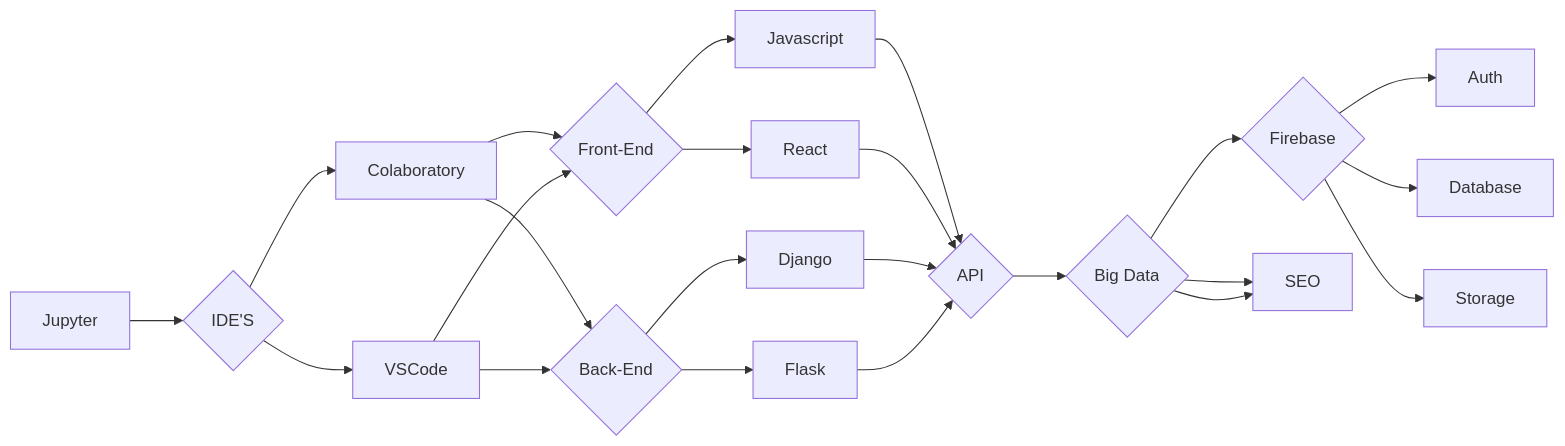
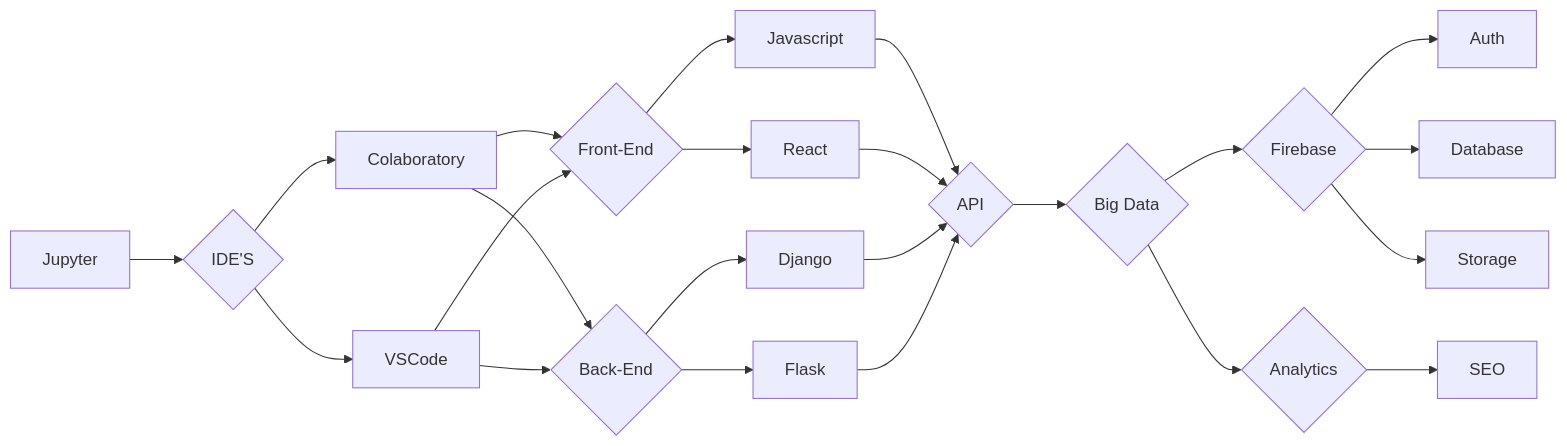
One commit to SauloCandeira/SauloCandeira changed the first of 2 diagrams in README.md. Above: the diagram before and after it, drawn with Mermaid.

````diff
--- a/README.md
+++ b/README.md
@@ -61,33 +61,33 @@
 ```mermaid
 flowchart LR
 
 M[Jupyter] --> Z{IDE'S} 
 
 Z{IDE'S} --> K[Colaboratory]
 Z  --> L
 
 K[Colaboratory] --> A{Front-End} 
 K --> B{Back-End}
 L[VSCode] --> A{Front-End} 
 L --> B{Back-End}
 
 A{Front-End} --> I[Javascript] --> O{API} 
 A{Front-End} --> J[React] --> O{API} 
 
 B{Back-End} --> G[Django] --> O{API} 
 B{Back-End} --> H[Flask] --> O{API} 
 
 
 
 O{API} --> N{Big Data}
 
 
 N{Big Data} --> C{Firebase}
 N --> P{Analytics}
 
-N --> P[SEO]
+P --> Q[SEO]
 
 C --> D[Auth]
 C --> E[Database]
 C --> F[Storage]
 ```
````
